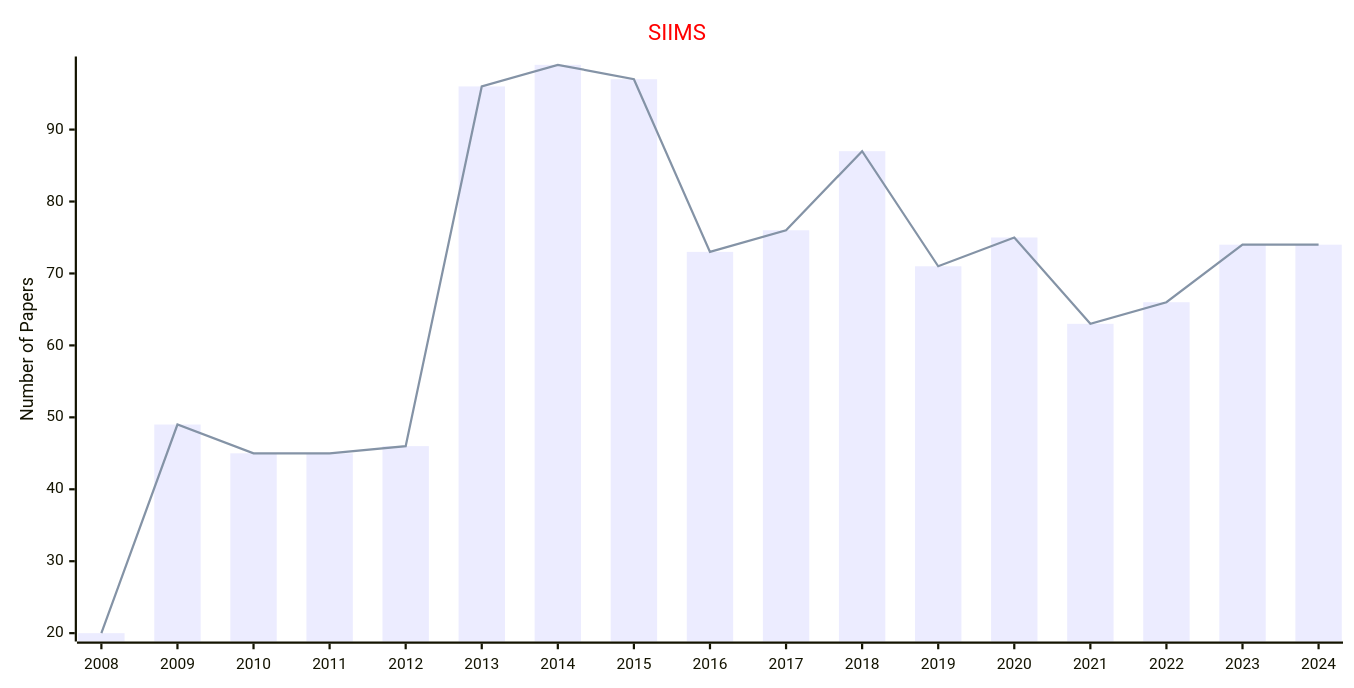
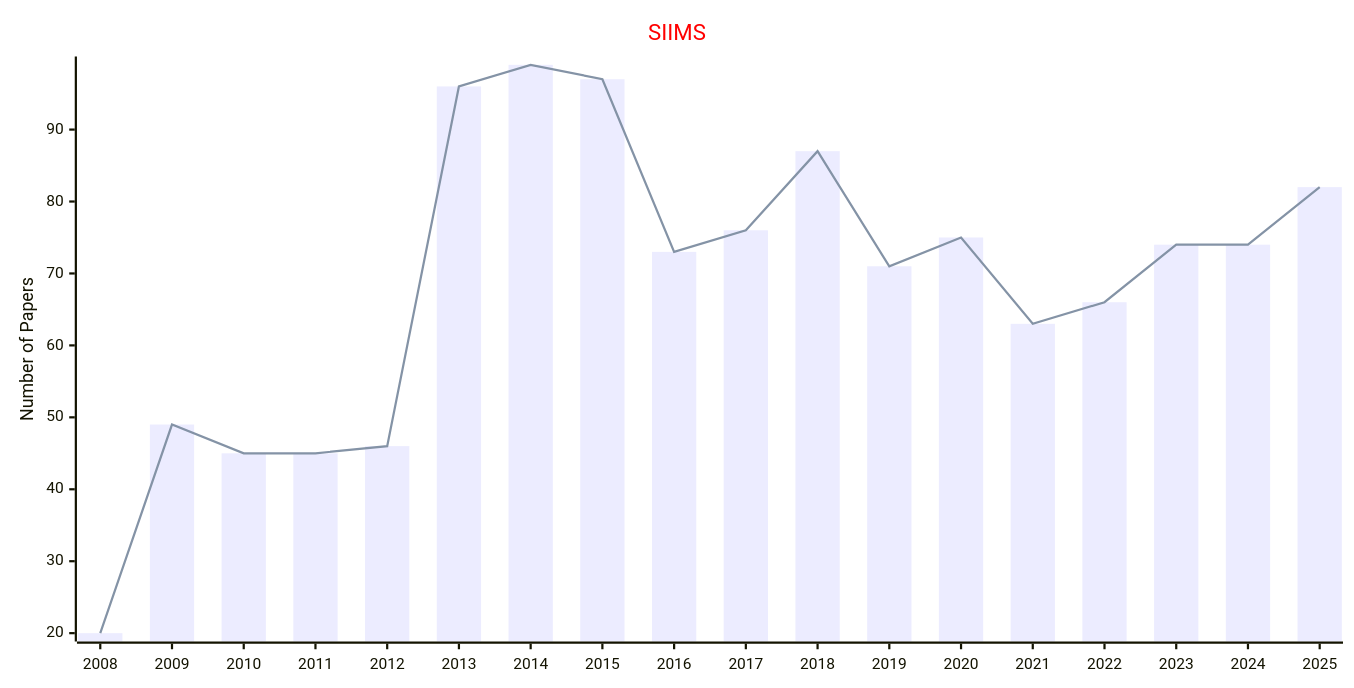
One commit to Easy-PhD/AILinks changed the diagram in docs/data/Journals/Statistics_Journals/Imaging_Sciences.md. Above: the diagram before and after it, drawn with Mermaid. The commit also changed 93 other files, not shown here.

````diff
--- a/docs/data/Journals/Statistics_Journals/Imaging_Sciences.md
+++ b/docs/data/Journals/Statistics_Journals/Imaging_Sciences.md
@@ -9,17 +9,17 @@
 ```mermaid
 ---
 config:
     xyChart:
         width: 1200
         height: 600
     themeVariables:
         xyChart:
             titleColor: "#ff0000"
 ---
 xychart-beta
     title "SIIMS"
-    x-axis [2008, 2009, 2010, 2011, 2012, 2013, 2014, 2015, 2016, 2017, 2018, 2019, 2020, 2021, 2022, 2023, 2024]
+    x-axis [2008, 2009, 2010, 2011, 2012, 2013, 2014, 2015, 2016, 2017, 2018, 2019, 2020, 2021, 2022, 2023, 2024, 2025]
     y-axis "Number of Papers"
-    bar [20, 49, 45, 45, 46, 96, 99, 97, 73, 76, 87, 71, 75, 63, 66, 74, 74]
-    line [20, 49, 45, 45, 46, 96, 99, 97, 73, 76, 87, 71, 75, 63, 66, 74, 74]
+    bar [20, 49, 45, 45, 46, 96, 99, 97, 73, 76, 87, 71, 75, 63, 66, 74, 74, 82]
+    line [20, 49, 45, 45, 46, 96, 99, 97, 73, 76, 87, 71, 75, 63, 66, 74, 74, 82]
 ```
````
